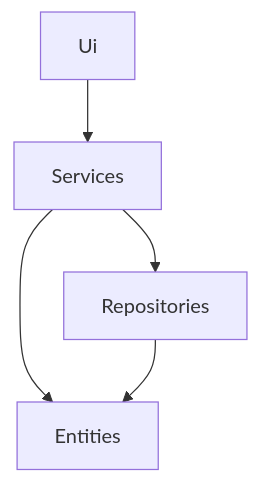
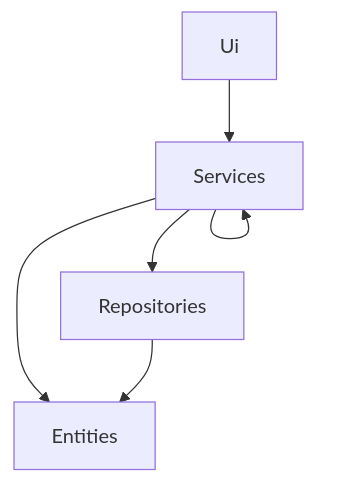
The first of 2 diagrams in rahastosovellus/dokumentaatio/arkkitehtuuri.md (karvakasa/ot-harjoitustyo), drawn with Mermaid before and after one commit. The commit also changed other lines of this file and 12 other files, not shown here.

````diff
--- a/rahastosovellus/dokumentaatio/arkkitehtuuri.md
+++ b/rahastosovellus/dokumentaatio/arkkitehtuuri.md
@@ -1,9 +6,10 @@
 ```mermaid
 
   flowchart TD
     Ui --> Services
     Services --> Entities
+    Services --> Services
     Services --> Repositories
     Repositories --> Entities
 
 ```
````
